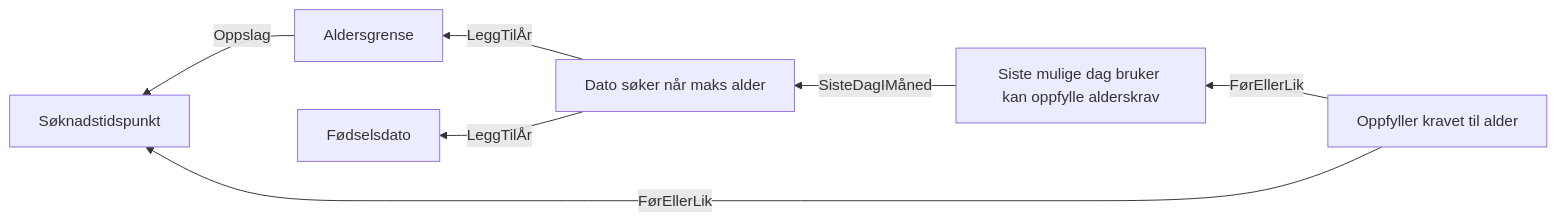
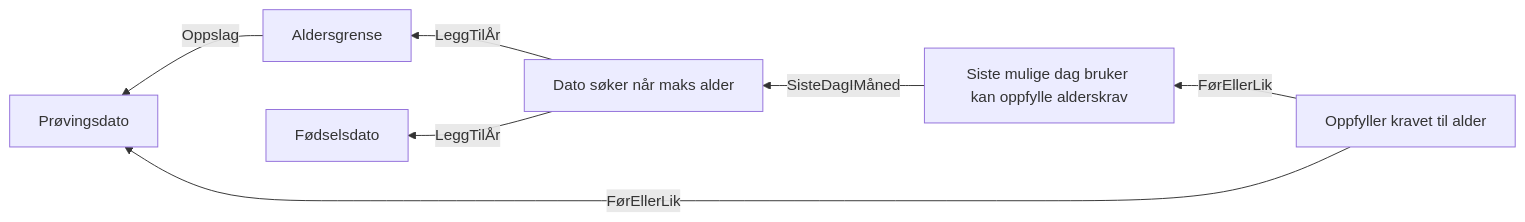
The diagram in docs/regler/§ 4-23. Bortfall på grunn av alder.approved.md (navikt/dp-vedtak), drawn with Mermaid before and after one commit. The commit also changed 41 other files, not shown here.

Commit message:
Bytt ut søknadstidspunkt med prøvingsdato i reglene

````diff
--- a/docs/regler/§ 4-23. Bortfall på grunn av alder.approved.md
+++ b/docs/regler/§ 4-23. Bortfall på grunn av alder.approved.md
@@ -5,9 +5,9 @@
 ```mermaid
 graph RL
-  A["Aldersgrense"] -->|"Oppslag"| B["Søknadstidspunkt"]
+  A["Aldersgrense"] -->|"Oppslag"| B["Prøvingsdato"]
   C["Dato søker når maks alder"] -->|"LeggTilÅr"| D["Fødselsdato"]
   C["Dato søker når maks alder"] -->|"LeggTilÅr"| A["Aldersgrense"]
   E["Siste mulige dag bruker kan oppfylle alderskrav"] -->|"SisteDagIMåned"| C["Dato søker når maks alder"]
-  F["Oppfyller kravet til alder"] -->|"FørEllerLik"| B["Søknadstidspunkt"]
+  F["Oppfyller kravet til alder"] -->|"FørEllerLik"| B["Prøvingsdato"]
   F["Oppfyller kravet til alder"] -->|"FørEllerLik"| E["Siste mulige dag bruker kan oppfylle alderskrav"]
 ```
````
